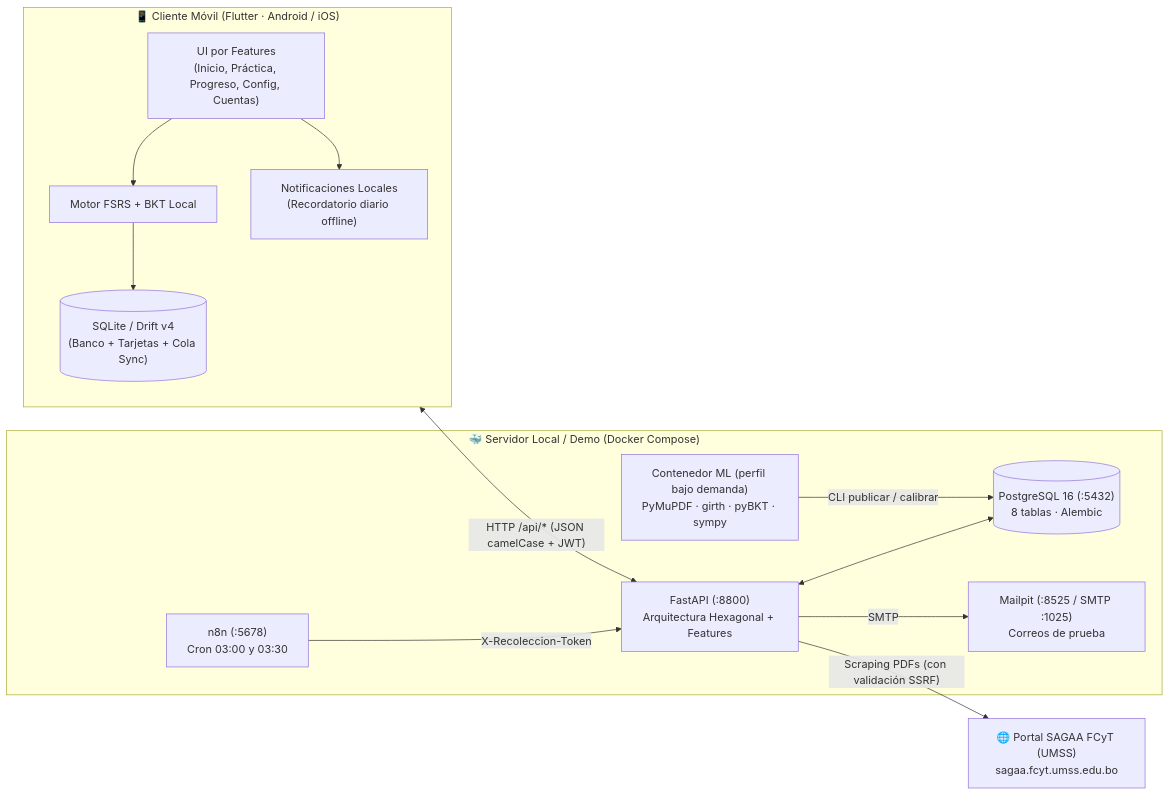
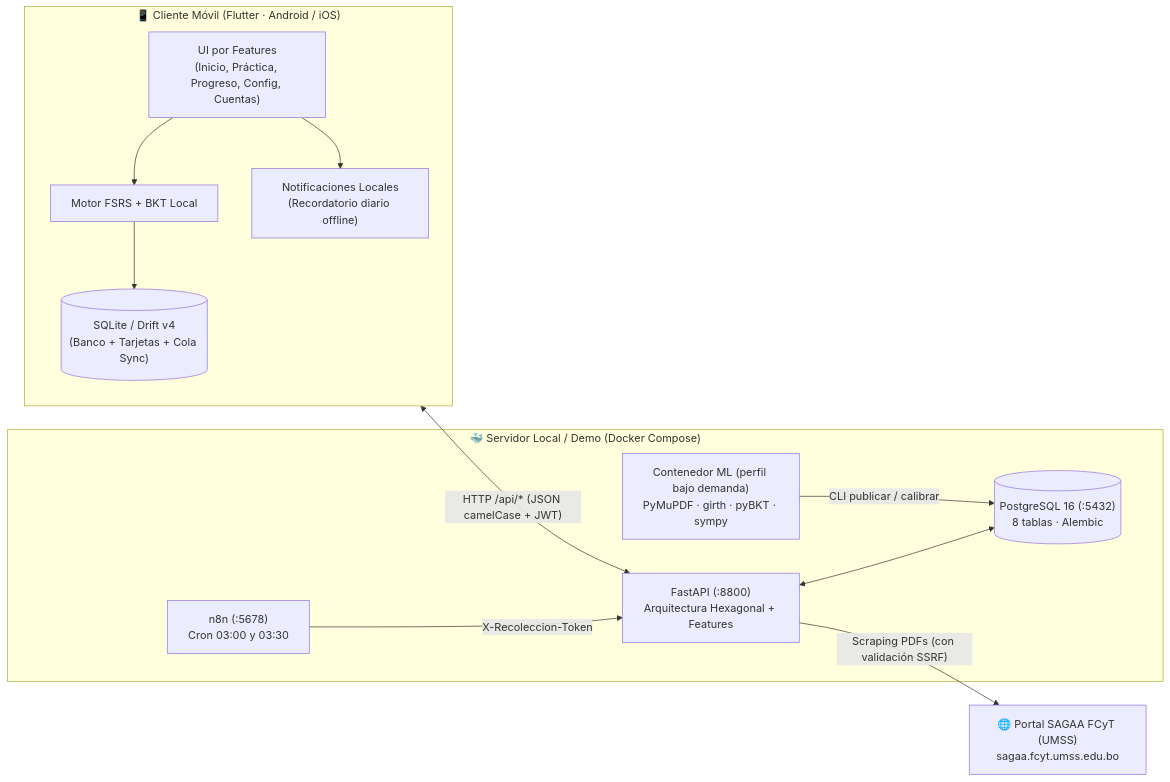
Before and after one commit to WilHacker/Prepion: the first of 6 diagrams in README.md, drawn with Mermaid. The commit also changed other lines of this file and 20 other files, not shown here.

````diff
--- a/README.md
+++ b/README.md
@@ -226,29 +225,27 @@
 ```mermaid
 flowchart LR
     subgraph Cliente["📱 Cliente Móvil (Flutter · Android / iOS)"]
         UI["UI por Features<br/>(Inicio, Práctica, Progreso, Config, Cuentas)"]
         FSRS["Motor FSRS + BKT Local"]
         DRIFT[("SQLite / Drift v4<br/>(Banco + Tarjetas + Cola Sync)")]
         NOTIF["Notificaciones Locales<br/>(Recordatorio diario offline)"]
         UI --> FSRS --> DRIFT
         UI --> NOTIF
     end
 
     subgraph Docker["🐳 Servidor Local / Demo (Docker Compose)"]
         API["FastAPI (:8800)<br/>Arquitectura Hexagonal + Features"]
         PG[("PostgreSQL 16 (:5432)<br/>8 tablas · Alembic")]
         N8N["n8n (:5678)<br/>Cron 03:00 y 03:30"]
         ML["Contenedor ML (perfil bajo demanda)<br/>PyMuPDF · girth · pyBKT · sympy"]
-        MAIL["Mailpit (:8525 / SMTP :1025)<br/>Correos de prueba"]
 
         API <--> PG
         N8N -->|"X-Recoleccion-Token"| API
-        API -->|"SMTP"| MAIL
         ML -->|"CLI publicar / calibrar"| PG
     end
 
     EXT["🌐 Portal SAGAA FCyT (UMSS)<br/>sagaa.fcyt.umss.edu.bo"]
 
     Cliente <-->|"HTTP /api/* (JSON camelCase + JWT)"| API
     API -->|"Scraping PDFs (con validación SSRF)"| EXT
 ```
````
